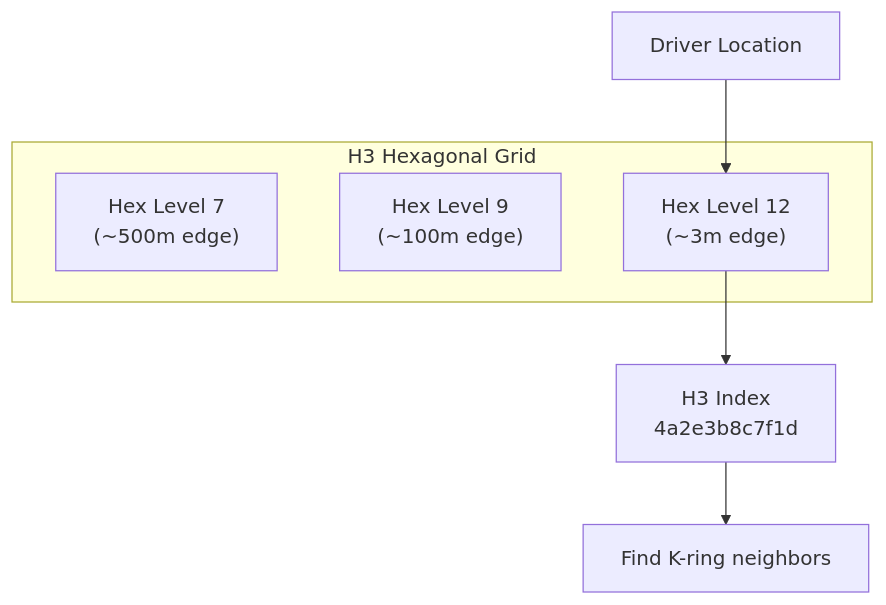
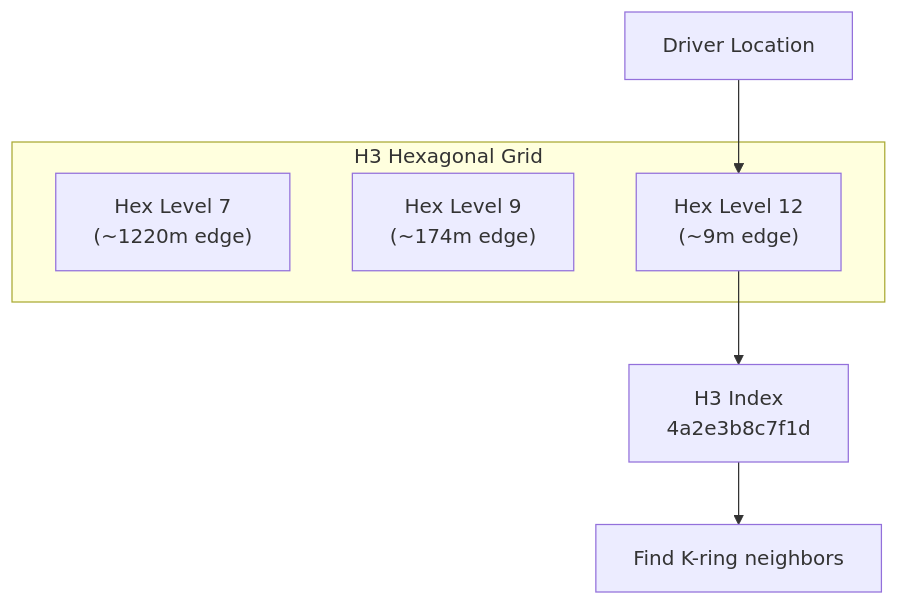
The second of 7 diagrams in src/interview/system-design/real-world/uber.md (vanos001/placement_prep), drawn with Mermaid before and after one commit. The commit also changed 8 other files, not shown here.

````diff
--- a/src/interview/system-design/real-world/uber.md
+++ b/src/interview/system-design/real-world/uber.md
@@ -89,12 +89,12 @@
 ```mermaid
 graph TB
     subgraph "H3 Hexagonal Grid"
-        H1["Hex Level 7<br/>(~500m edge)"]
-        H2["Hex Level 9<br/>(~100m edge)"]
-        H3["Hex Level 12<br/>(~3m edge)"]
+        H1["Hex Level 7<br/>(~1220m edge)"]
+        H2["Hex Level 9<br/>(~174m edge)"]
+        H3["Hex Level 12<br/>(~9m edge)"]
     end
     
     Driver["Driver Location"] --> H3
     H3 --> Index["H3 Index<br/>4a2e3b8c7f1d"]
     Index --> Nearby["Find K-ring neighbors"]
 ```
````
